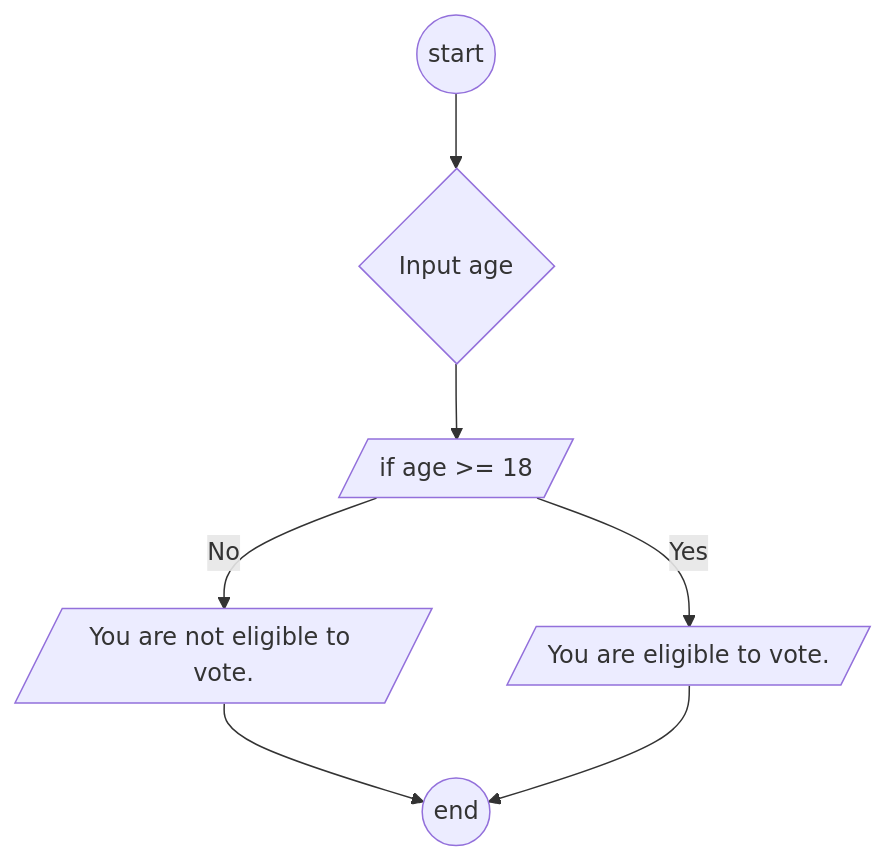
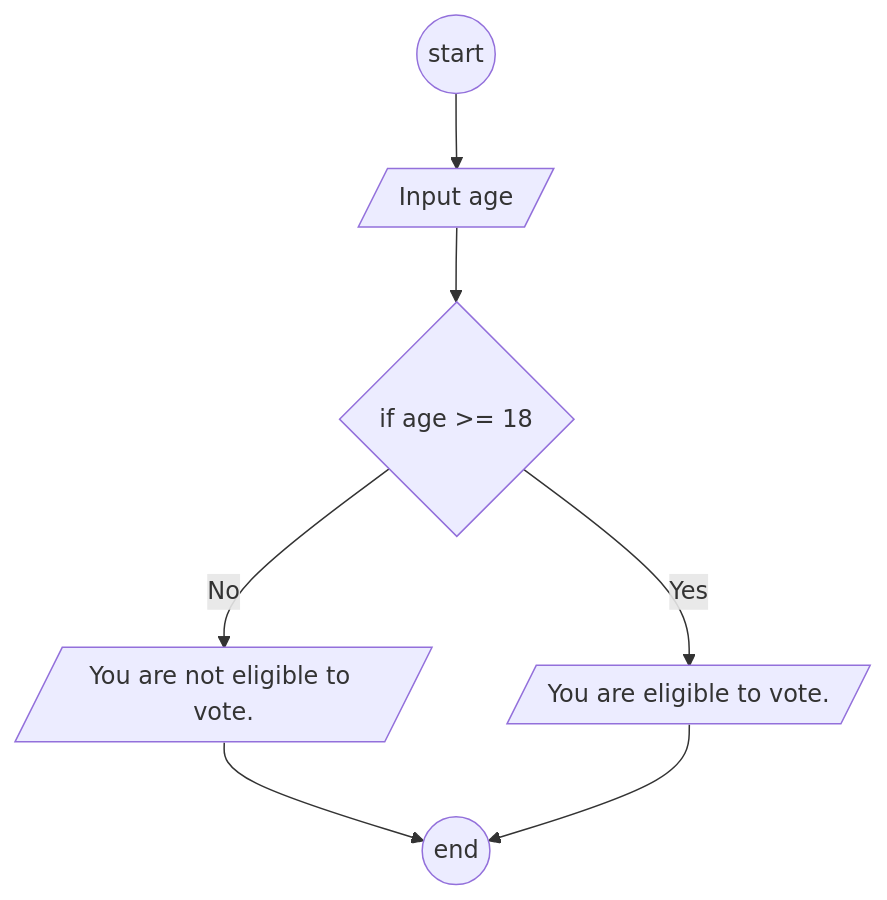
The diagram in Exercise1.md (ihabau/Lexicon-lesson3-flowcharts), drawn with Mermaid before and after one commit. The commit also changed 2 other files, not shown here.

Commit message:
exercise3

````diff
--- a/Exercise1.md
+++ b/Exercise1.md
@@ -22,9 +22,9 @@
 ```mermaid
 graph TD
-A((start)) --> B{Input age}
-B --> C[/if age >= 18/]
+A((start)) --> B[/Input age/]
+B --> C{if age >= 18}
 C -- Yes --> D[/You are eligible to vote./]
 C -- No --> E[/You are not eligible to vote./]
 E --> F((end))
 D --> F((end))
 ```
````
